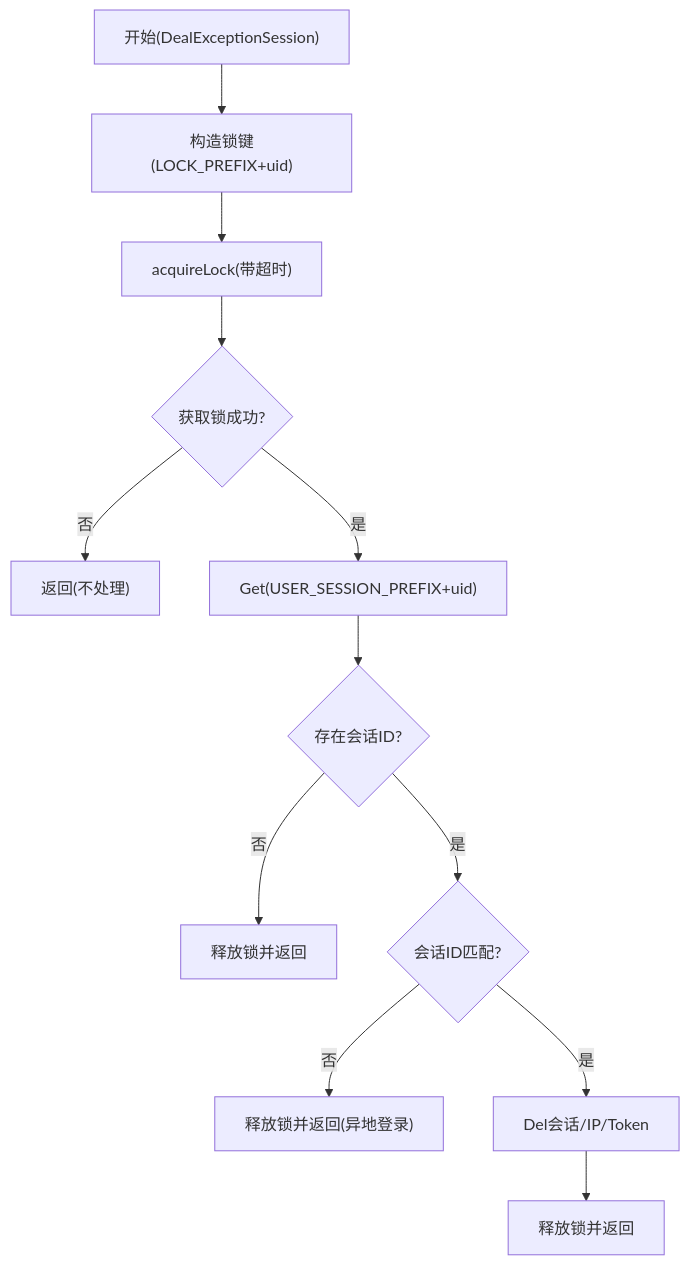
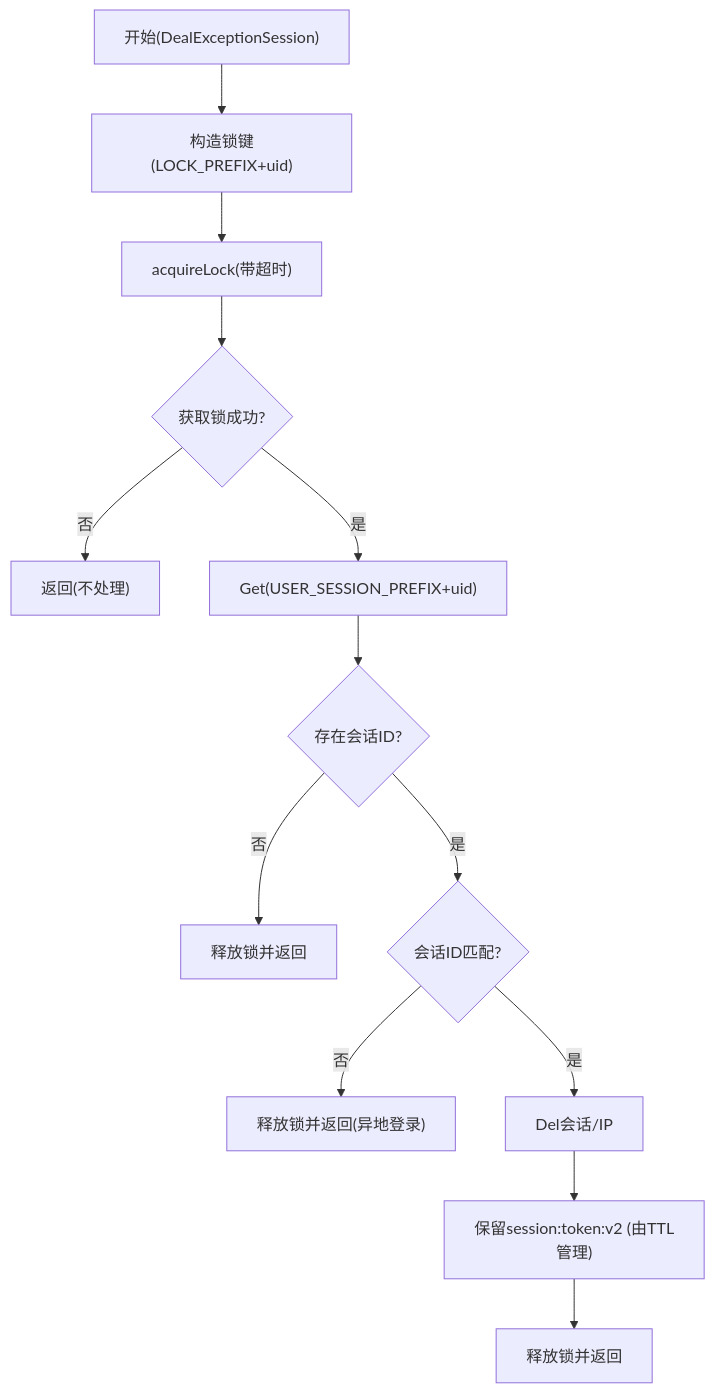
Before and after one commit to echo9923/mychatter: the seventh of 9 diagrams in .qoder/repowiki/zh/content/服务端开发/ChatServer聊天核心服务/会话管理/心跳检测机制.md, drawn with Mermaid. The commit also changed other lines of this file and 107 other files, not shown here.

````diff
--- a/.qoder/repowiki/zh/content/服务端开发/ChatServer聊天核心服务/会话管理/心跳检测机制.md
+++ b/.qoder/repowiki/zh/content/服务端开发/ChatServer聊天核心服务/会话管理/心跳检测机制.md
@@ -208,14 +270,15 @@
 ```mermaid
 flowchart TD
 A["开始(DealExceptionSession)"] --> B["构造锁键(LOCK_PREFIX+uid)"]
 B --> C["acquireLock(带超时)"]
 C --> D{"获取锁成功?"}
 D --> |否| E["返回(不处理)"]
 D --> |是| F["Get(USER_SESSION_PREFIX+uid)"]
 F --> G{"存在会话ID?"}
 G --> |否| H["释放锁并返回"]
 G --> |是| I{"会话ID匹配?"}
 I --> |否| J["释放锁并返回(异地登录)"]
-I --> |是| K["Del会话/IP/Token"]
-K --> L["释放锁并返回"]
+I --> |是| K["Del会话/IP"]
+K --> L["保留session:token:v2 (由TTL管理)"]
+L --> M["释放锁并返回"]
 ```
````
